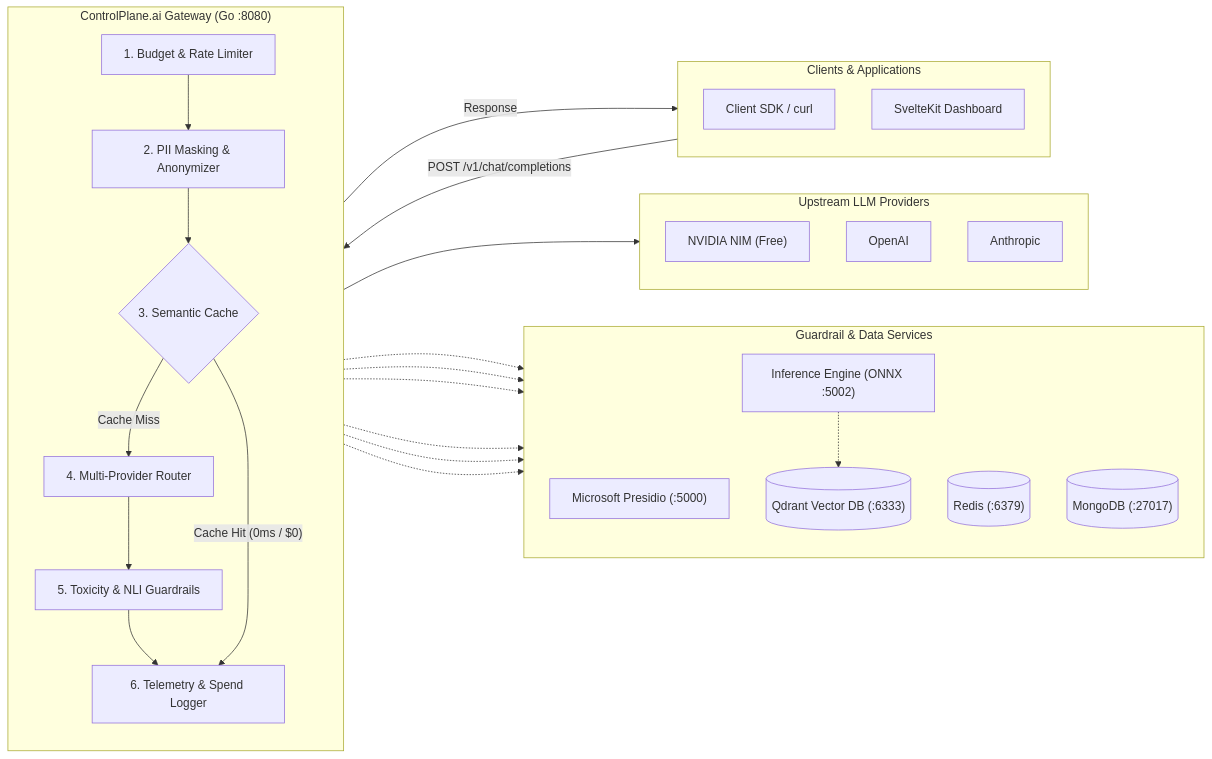
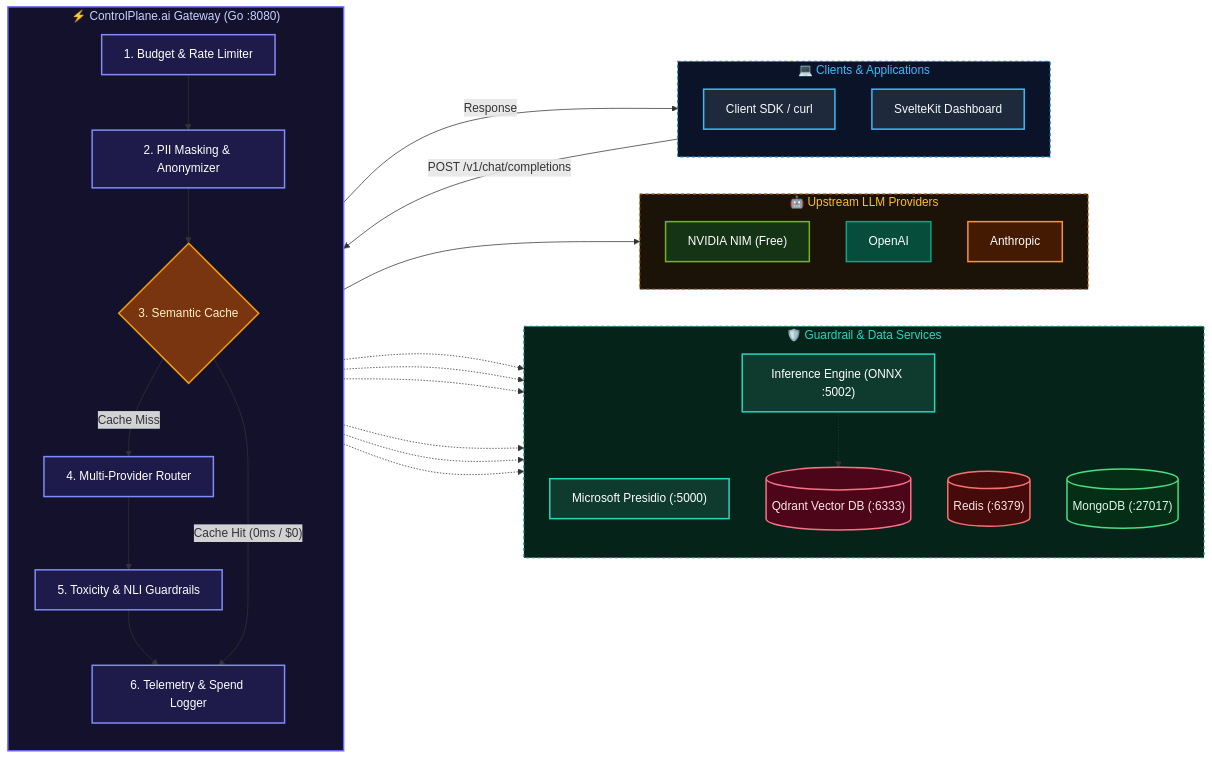
One commit to AMythicDev/controlplane.ai changed the diagram in README.md. Above: the diagram before and after it, drawn with Mermaid.

Commit message:
add color to mermaid architecture

````diff
--- a/README.md
+++ b/README.md
@@ -52,50 +52,66 @@
 ```mermaid
 flowchart LR
-    subgraph Clients ["Clients & Applications"]
+    classDef clientStyle fill:#1e293b,stroke:#38bdf8,stroke-width:2px,color:#f8fafc;
+    classDef gatewayStyle fill:#1e1b4b,stroke:#818cf8,stroke-width:2px,color:#ffffff;
+    classDef cacheStyle fill:#78350f,stroke:#f59e0b,stroke-width:2px,color:#fef3c7;
+    classDef serviceStyle fill:#0f3b2f,stroke:#2dd4bf,stroke-width:2px,color:#ffffff;
+    classDef redisStyle fill:#450a0a,stroke:#f87171,stroke-width:2px,color:#fee2e2;
+    classDef mongoStyle fill:#052e16,stroke:#4ade80,stroke-width:2px,color:#dcfce7;
+    classDef qdrantStyle fill:#4c0519,stroke:#fb7185,stroke-width:2px,color:#ffe4e6;
+    classDef nvidiaStyle fill:#143415,stroke:#76b900,stroke-width:2px,color:#ffffff;
+    classDef openaiStyle fill:#064e3b,stroke:#10a37f,stroke-width:2px,color:#ffffff;
+    classDef anthropicStyle fill:#451a03,stroke:#fb923c,stroke-width:2px,color:#ffffff;
+
+    subgraph Clients ["💻 Clients & Applications"]
         direction TB
-        SDK["Client SDK / curl"]
-        UI["SvelteKit Dashboard"]
+        SDK["Client SDK / curl"]:::clientStyle
+        UI["SvelteKit Dashboard"]:::clientStyle
     end
 
-    subgraph Gateway ["ControlPlane.ai Gateway (Go :8080)"]
+    subgraph Gateway ["⚡ ControlPlane.ai Gateway (Go :8080)"]
         direction TB
-        G1["1. Budget & Rate Limiter"]
-        G2["2. PII Masking & Anonymizer"]
-        G3{"3. Semantic Cache"}
-        G4["4. Multi-Provider Router"]
-        G5["5. Toxicity & NLI Guardrails"]
-        G6["6. Telemetry & Spend Logger"]
+        G1["1. Budget & Rate Limiter"]:::gatewayStyle
+        G2["2. PII Masking & Anonymizer"]:::gatewayStyle
+        G3{"3. Semantic Cache"}:::cacheStyle
+        G4["4. Multi-Provider Router"]:::gatewayStyle
+        G5["5. Toxicity & NLI Guardrails"]:::gatewayStyle
+        G6["6. Telemetry & Spend Logger"]:::gatewayStyle
 
         G1 --> G2 --> G3
         G3 -->|"Cache Miss"| G4 --> G5 --> G6
         G3 -->|"Cache Hit (0ms / $0)"| G6
     end
 
-    subgraph Services ["Guardrail & Data Services"]
+    subgraph Services ["🛡️ Guardrail & Data Services"]
         direction TB
-        Presidio["Microsoft Presidio (:5000)"]
-        Inference["Inference Engine (ONNX :5002)"]
-        Qdrant[("Qdrant Vector DB (:6333)")]
-        Redis[("Redis (:6379)")]
-        Mongo[("MongoDB (:27017)")]
+        Presidio["Microsoft Presidio (:5000)"]:::serviceStyle
+        Inference["Inference Engine (ONNX :5002)"]:::serviceStyle
+        Qdrant[("Qdrant Vector DB (:6333)")]:::qdrantStyle
+        Redis[("Redis (:6379)")]:::redisStyle
+        Mongo[("MongoDB (:27017)")]:::mongoStyle
     end
 
-    subgraph Providers ["Upstream LLM Providers"]
+    subgraph Providers ["🤖 Upstream LLM Providers"]
         direction TB
-        NVIDIA["NVIDIA NIM (Free)"]
-        OpenAI["OpenAI"]
-        Anthropic["Anthropic"]
+        NVIDIA["NVIDIA NIM (Free)"]:::nvidiaStyle
+        OpenAI["OpenAI"]:::openaiStyle
+        Anthropic["Anthropic"]:::anthropicStyle
     end
 
     Clients -->|"POST /v1/chat/completions"| G1
     G6 -->|"Response"| Clients
 
     G1 -.-> Redis
     G2 -.-> Presidio
     G3 -.-> Inference
     Inference -.-> Qdrant
     G4 --> Providers
     G5 -.-> Inference
     G6 -.-> Mongo
     G6 -.-> Redis
+
+    style Clients fill:#0b1329,stroke:#0284c7,stroke-width:1.5px,stroke-dasharray: 4 4,color:#38bdf8
+    style Gateway fill:#13112c,stroke:#6366f1,stroke-width:2px,color:#c7d2fe
+    style Services fill:#06231a,stroke:#0d9488,stroke-width:1.5px,stroke-dasharray: 4 4,color:#2dd4bf
+    style Providers fill:#1c1308,stroke:#d97706,stroke-width:1.5px,stroke-dasharray: 4 4,color:#fbbf24
 ```
````
